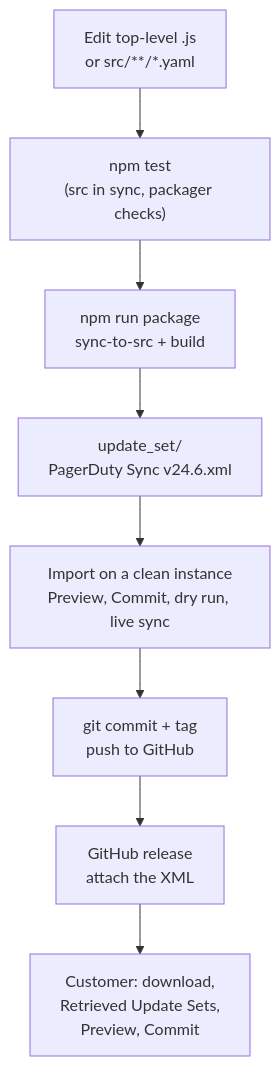
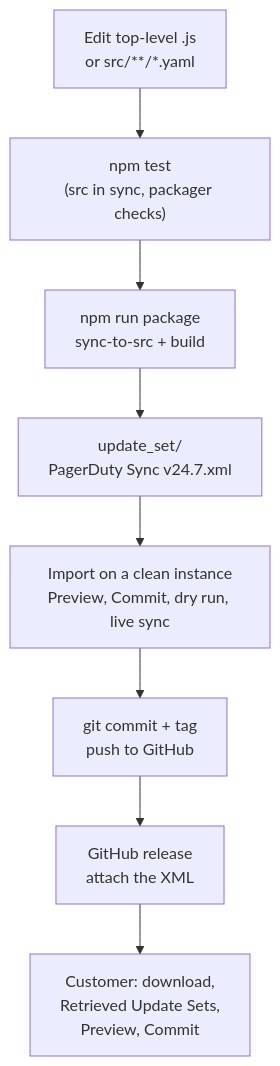
Before and after one commit to martindstone/snow-rota-sync: the fifth of 5 diagrams in README.md, drawn with Mermaid. The commit also changed other lines of this file and 5 other files, not shown here.

````diff
--- a/README.md
+++ b/README.md
@@ -360,10 +360,10 @@
 ```mermaid
 flowchart TB
   A["Edit top-level .js<br/>or src/**/*.yaml"] --> B["npm test<br/>(src in sync, packager checks)"]
   B --> C["npm run package<br/>sync-to-src + build"]
-  C --> D["update_set/<br/>PagerDuty Sync v24.6.xml"]
+  C --> D["update_set/<br/>PagerDuty Sync v24.7.xml"]
   D --> E["Import on a clean instance<br/>Preview, Commit, dry run, live sync"]
   E --> F["git commit + tag<br/>push to GitHub"]
   F --> G["GitHub release<br/>attach the XML"]
   G --> H["Customer: download,<br/>Retrieved Update Sets,<br/>Preview, Commit"]
 ```
````
